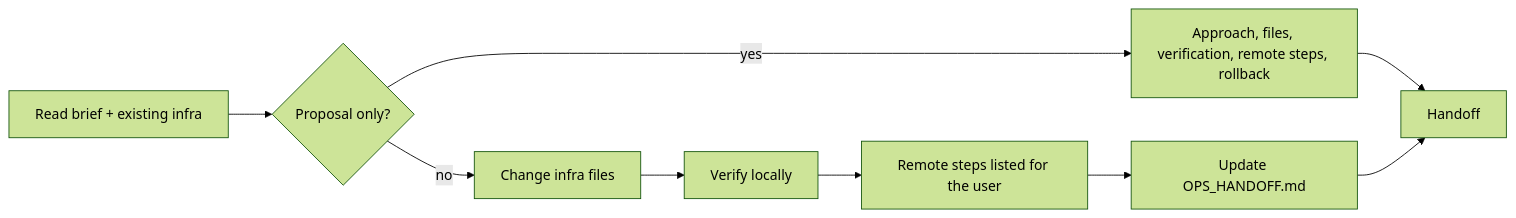
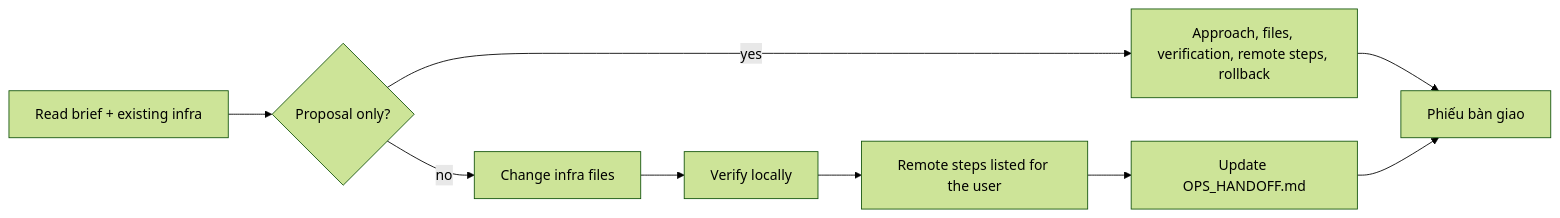
The diagram in agents/devops.md (Tuan-Quyen/technical-teams), drawn with Mermaid (forest theme) before and after one commit. The commit also changed other lines of this file and 46 other files, not shown here.

````diff
--- a/agents/devops.md
+++ b/agents/devops.md
@@ -22,9 +23,9 @@
 ```mermaid
 flowchart LR
   A[Read brief + existing infra] --> B{Proposal only?}
   B -- yes --> P[Approach, files, verification, remote steps, rollback] --> H
   B -- no --> C[Change infra files]
   C --> D[Verify locally]
   D --> E[Remote steps listed for the user]
-  E --> F[Update OPS_HANDOFF.md] --> H[Handoff]
+  E --> F[Update OPS_HANDOFF.md] --> H[Phiếu bàn giao]
 ```
````
